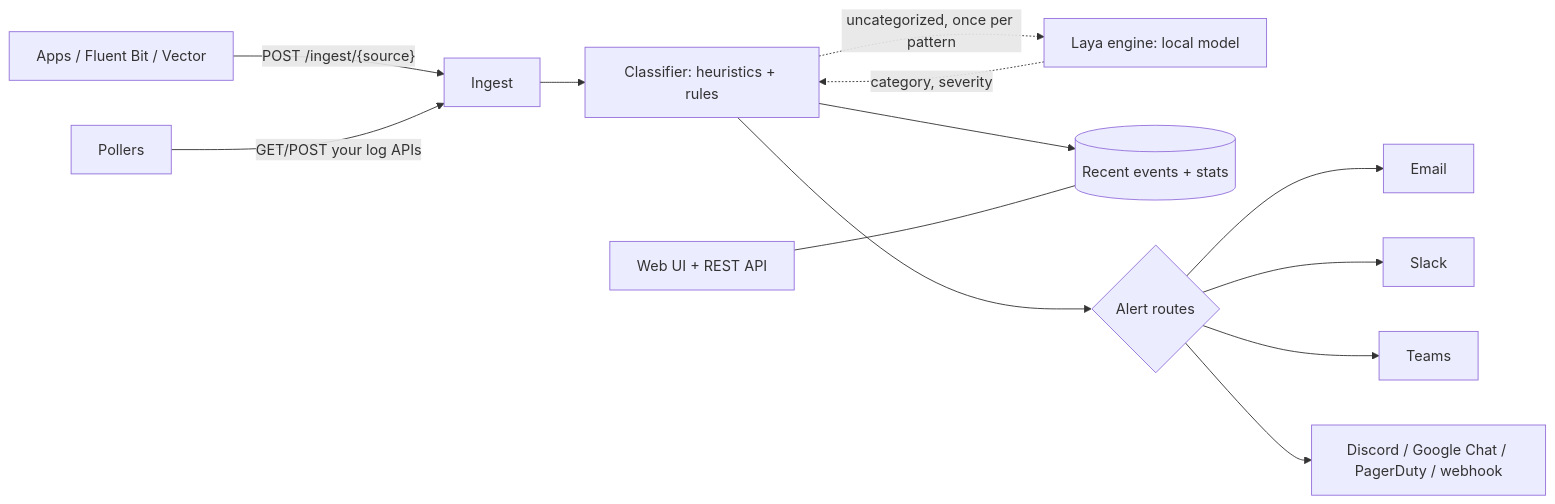
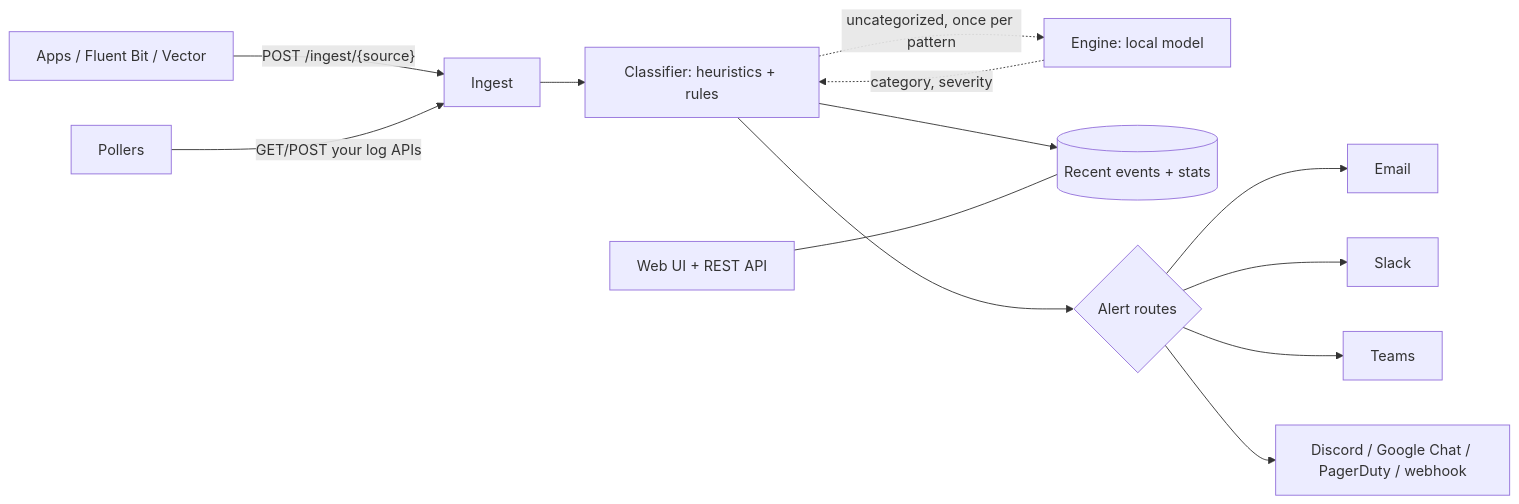
One commit to vipinmohan22/lissandra changed the diagram in README.md. Above: the diagram before and after it, drawn with Mermaid. The commit also changed other lines of this file and 35 other files, not shown here.

````diff
--- a/README.md
+++ b/README.md
@@ -12,15 +12,15 @@
 ```mermaid
 flowchart LR
   A[Apps / Fluent Bit / Vector] -- "POST /ingest/{source}" --> I[Ingest]
   P[Pollers] -- "GET/POST your log APIs" --> I
   I --> C[Classifier: heuristics + rules]
-  C -. "uncategorized, once per pattern" .-> E[Laya engine: local model]
+  C -. "uncategorized, once per pattern" .-> E[Engine: local model]
   E -. "category, severity" .-> C
   C --> S[(Recent events + stats)]
   C --> R{Alert routes}
   R --> N1[Email]
   R --> N2[Slack]
   R --> N3[Teams]
   R --> N4[Discord / Google Chat / PagerDuty / webhook]
   UI[Web UI + REST API] --- S
 ```
````
